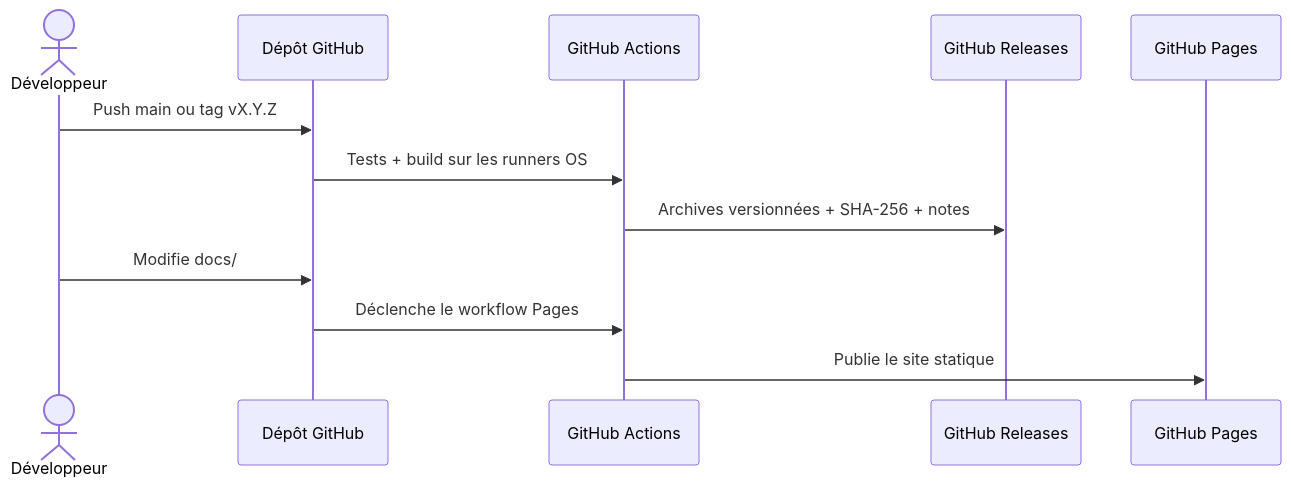
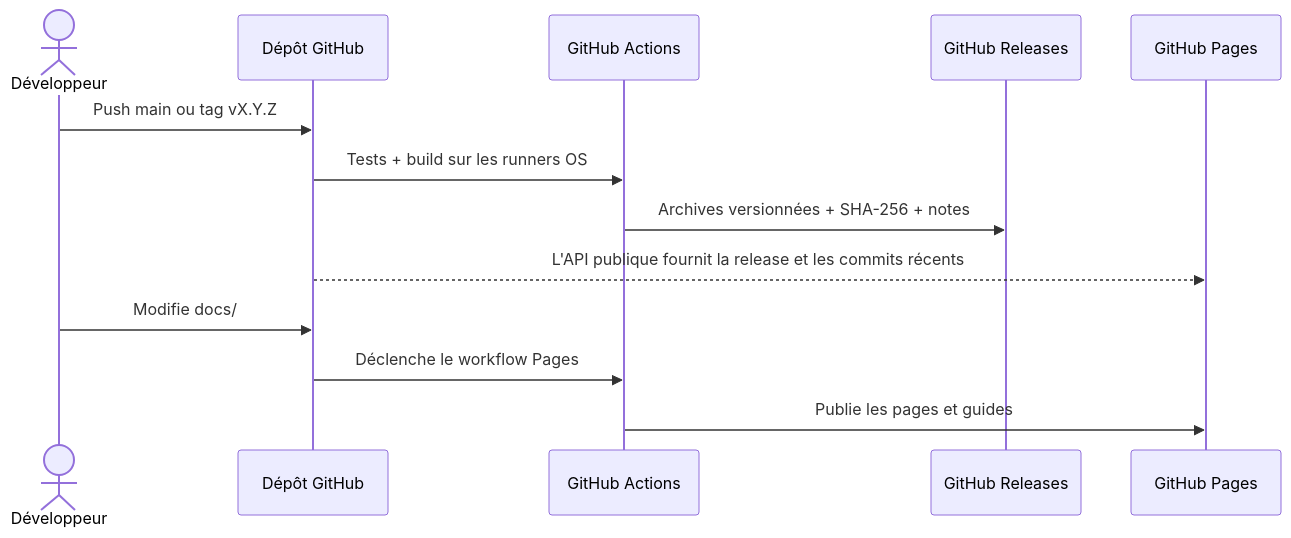
Before and after one commit to BEGY02300/GitHub-Desk: the second of 2 diagrams in docs/roadmap.md, drawn with Mermaid. The commit also changed other lines of this file and 8 other files, not shown here.

````diff
--- a/docs/roadmap.md
+++ b/docs/roadmap.md
@@ -75,15 +85,16 @@
 ```mermaid
 sequenceDiagram
     actor Dev as Développeur
     participant Repo as Dépôt GitHub
     participant CI as GitHub Actions
     participant Release as GitHub Releases
     participant Pages as GitHub Pages
 
     Dev->>Repo: Push main ou tag vX.Y.Z
     Repo->>CI: Tests + build sur les runners OS
     CI->>Release: Archives versionnées + SHA-256 + notes
+    Repo-->>Pages: L'API publique fournit la release et les commits récents
     Dev->>Repo: Modifie docs/
     Repo->>CI: Déclenche le workflow Pages
-    CI->>Pages: Publie le site statique
+    CI->>Pages: Publie les pages et guides
 ```
````
